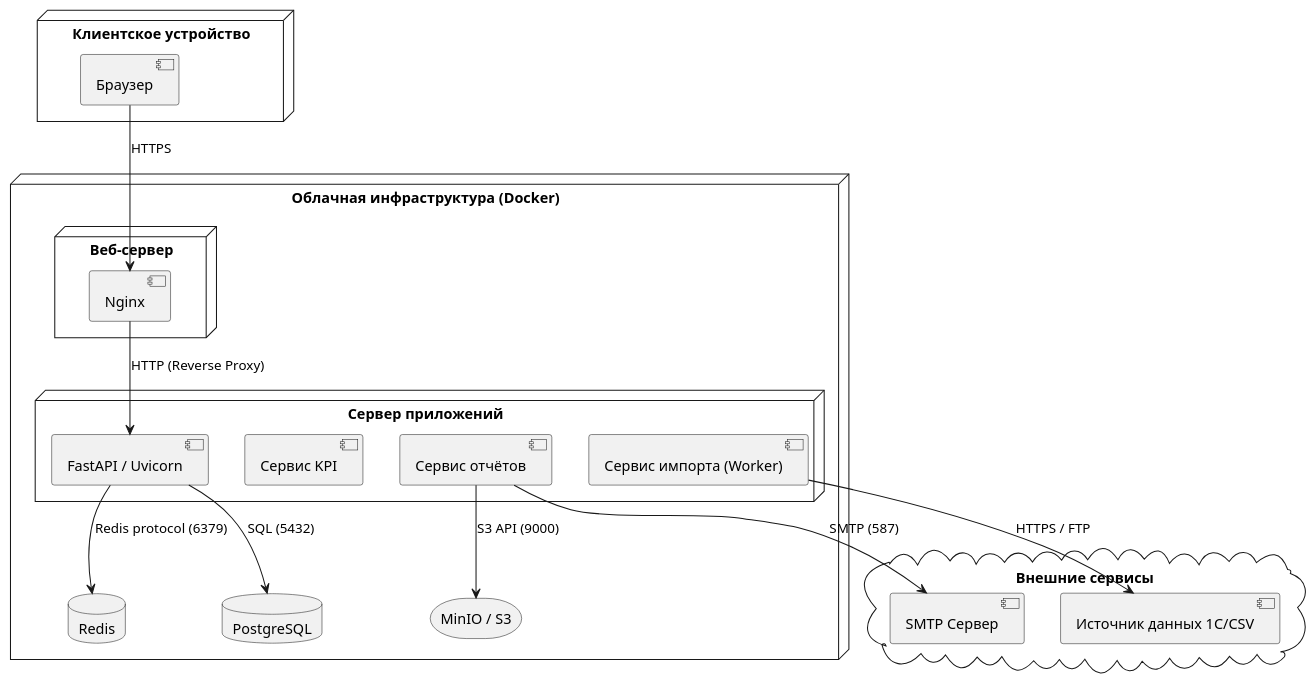
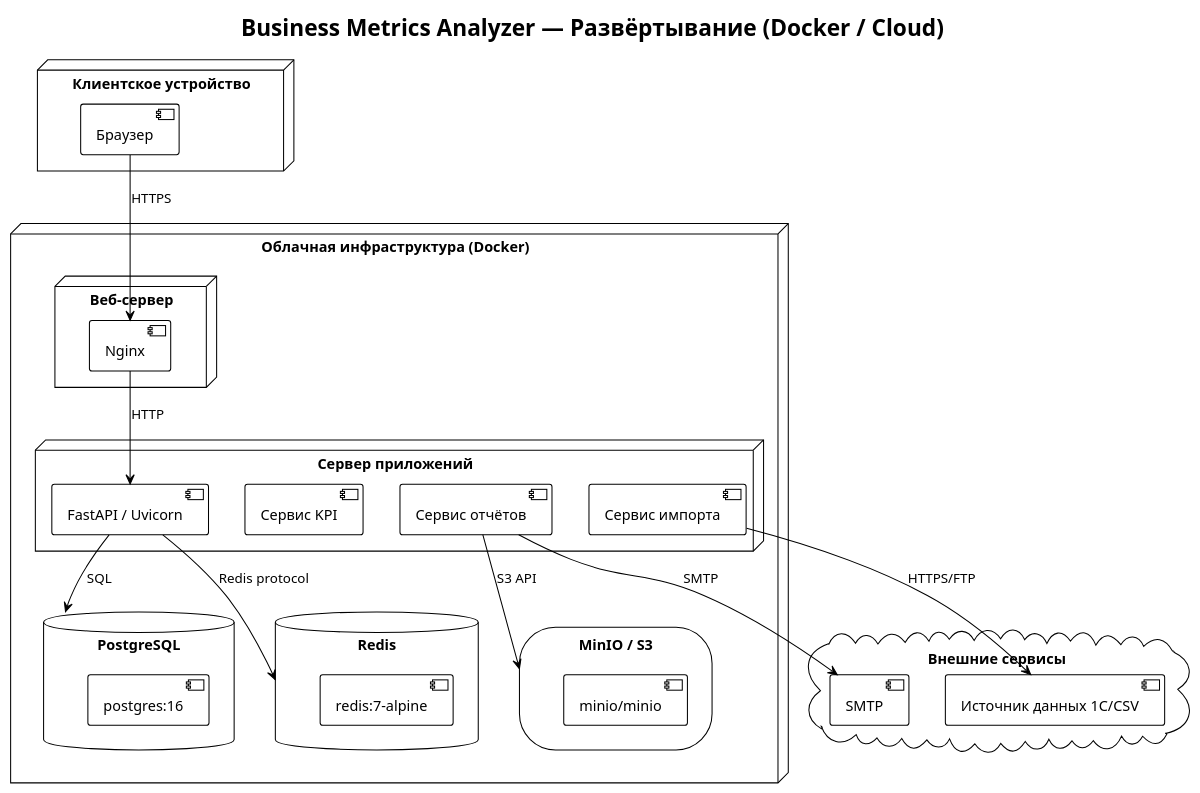
The diagram in docs/architecture/deployment.puml (Aelita55/business-metrics-analyzer), drawn with PlantUML before and after one commit. The commit also changed 6 other files, not shown here.

```diff
--- a/docs/architecture/deployment.puml
+++ b/docs/architecture/deployment.puml
@@ -1,35 +1,49 @@
 @startuml
+!theme plain
+title Business Metrics Analyzer — Развёртывание (Docker / Cloud)
+
 node "Клиентское устройство" {
-    [Браузер]
+  [Браузер]
 }
 
 node "Облачная инфраструктура (Docker)" {
-    node "Веб-сервер" {
-        [Nginx]
-    }
-    
-    node "Сервер приложений" {
-        [FastAPI / Uvicorn]
-        [Сервис импорта (Worker)]
-        [Сервис KPI]
-        [Сервис отчётов]
-    }
-    
-    database "PostgreSQL" as DB
-    database "Redis" as CACHE
-    storage "MinIO / S3" as STORAGE
+
+  node "Веб-сервер" {
+    [Nginx]
+  }
+
+  node "Сервер приложений" {
+    [FastAPI / Uvicorn]
+    [Сервис импорта]
+    [Сервис KPI]
+    [Сервис отчётов]
+  }
+
+  database "PostgreSQL" as DB {
+    [postgres:16]
+  }
+
+  database "Redis" as CACHE {
+    [redis:7-alpine]
+  }
+
+  storage "MinIO / S3" as STORAGE {
+    [minio/minio]
+  }
+
 }
 
 cloud "Внешние сервисы" {
-    [SMTP Сервер]
-    [Источник данных 1С/CSV]
+  [SMTP]
+  [Источник данных 1C/CSV]
 }
 
 [Браузер] --> [Nginx] : HTTPS
-[Nginx] --> [FastAPI / Uvicorn] : HTTP (Reverse Proxy)
-[FastAPI / Uvicorn] --> DB : SQL (5432)
-[FastAPI / Uvicorn] --> CACHE : Redis protocol (6379)
-[Сервис отчётов] --> STORAGE : S3 API (9000)
-[Сервис отчётов] --> [SMTP Сервер] : SMTP (587)
-[Сервис импорта (Worker)] --> [Источник данных 1С/CSV] : HTTPS / FTP
+[Nginx] --> [FastAPI / Uvicorn] : HTTP
+[FastAPI / Uvicorn] --> DB : SQL
+[FastAPI / Uvicorn] --> CACHE : Redis protocol
+[Сервис отчётов] --> STORAGE : S3 API
+[Сервис отчётов] --> [SMTP] : SMTP
+[Сервис импорта] --> [Источник данных 1C/CSV] : HTTPS/FTP
+
 @enduml
```
